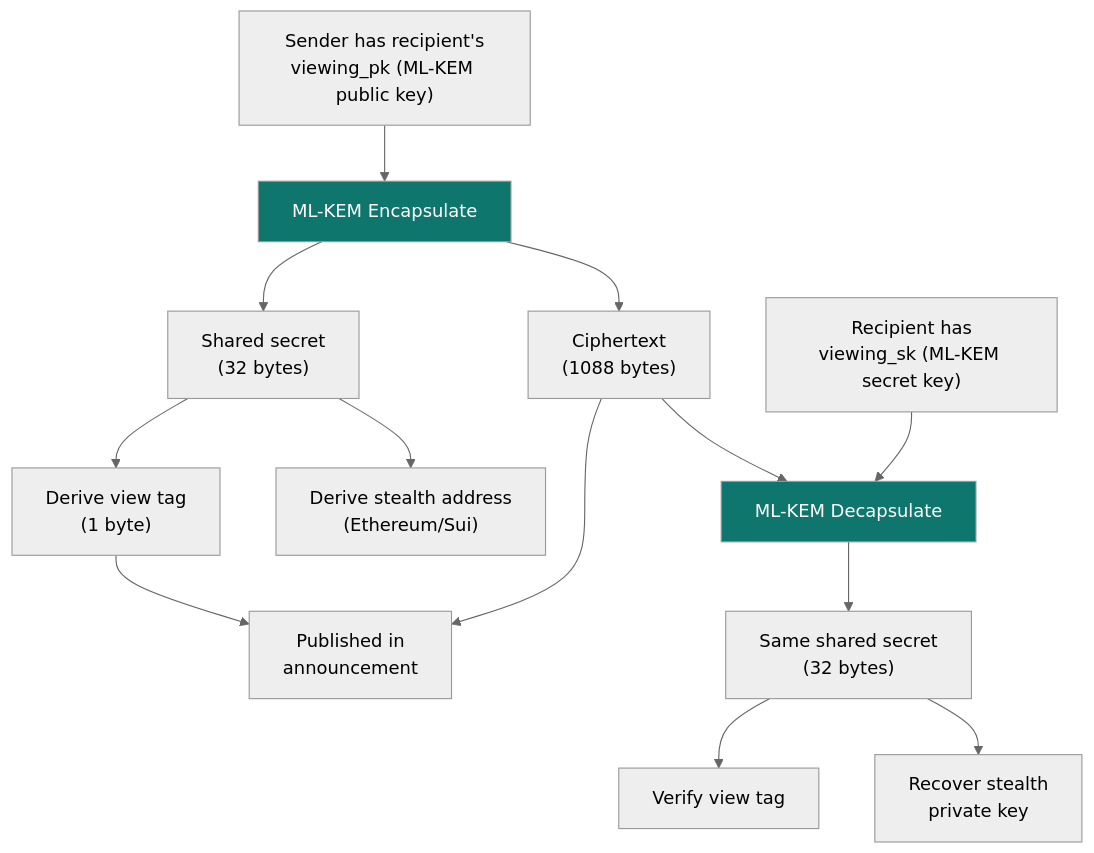
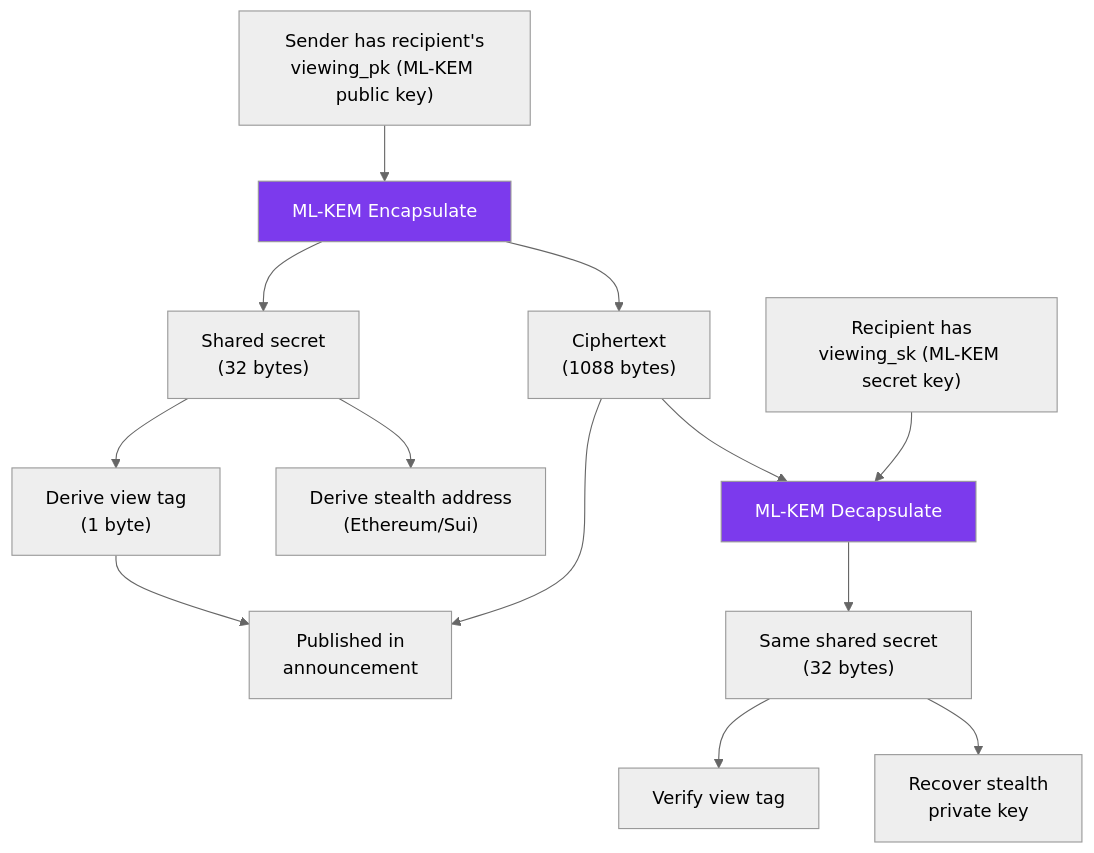
Before and after one commit to specter-privacy/docs: the diagram in docs/how-it-works/post-quantum-crypto.mdx, drawn with Mermaid (neutral theme). The commit also changed other lines of this file and 81 other files, not shown here.

````diff
--- a/docs/how-it-works/post-quantum-crypto.mdx
+++ b/docs/how-it-works/post-quantum-crypto.mdx
@@ -22,19 +22,19 @@
 ```mermaid
 flowchart TD
     A["Sender has recipient's\nviewing_pk (ML-KEM public key)"] --> B["ML-KEM Encapsulate"]
     B --> C["Ciphertext\n(1088 bytes)"]
     B --> D["Shared secret\n(32 bytes)"]
     D --> E["Derive view tag\n(1 byte)"]
     D --> F["Derive stealth address\n(Ethereum/Sui)"]
     C --> G["Published in\nannouncement"]
     E --> G
 
     H["Recipient has\nviewing_sk (ML-KEM secret key)"] --> I["ML-KEM Decapsulate"]
     C --> I
     I --> J["Same shared secret\n(32 bytes)"]
     J --> K["Verify view tag"]
     J --> L["Recover stealth\nprivate key"]
 
-    style B fill:#0F766E,color:#fff
-    style I fill:#0F766E,color:#fff
+    style B fill:#7c3aed,color:#fff
+    style I fill:#7c3aed,color:#fff
 ```
````
